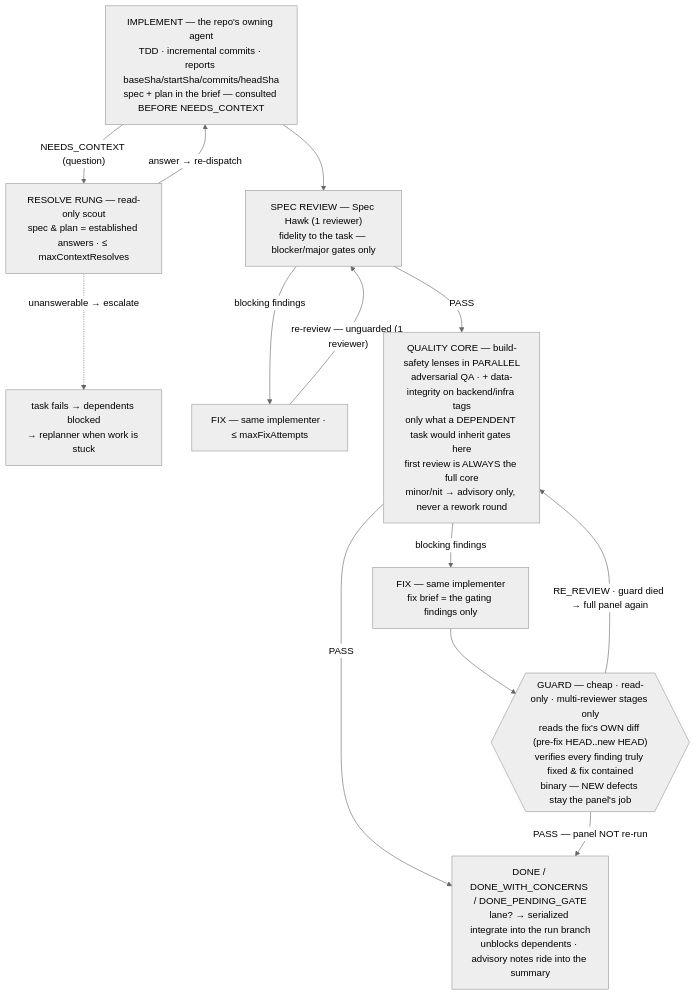
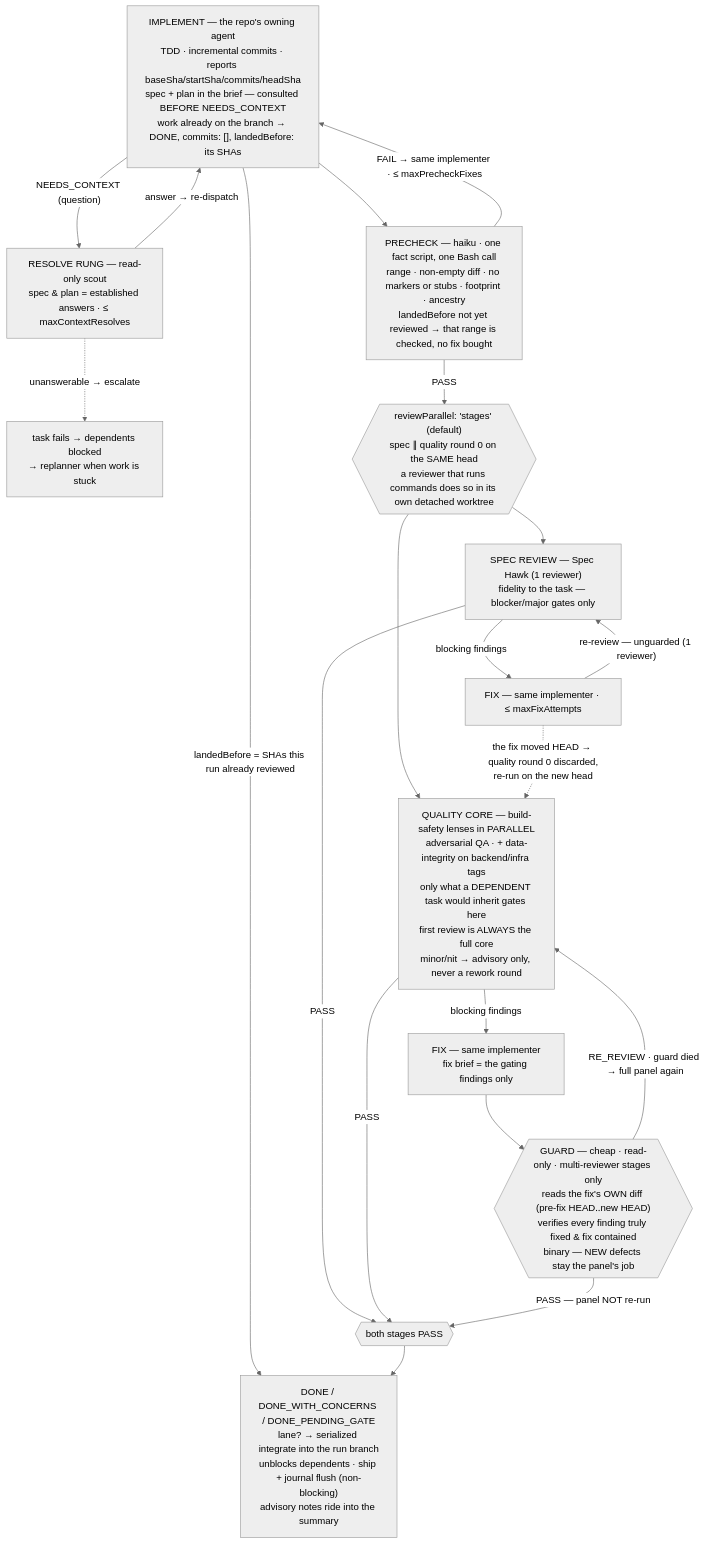
Before and after one commit to laurentlouk/grimoire: the second of 3 diagrams in workflows/README.md, drawn with Mermaid (neutral theme). The commit also changed other lines of this file and 2 other files, not shown here.

First line of the commit message:
docs: run durability — knobs, flow, lifecycle, journal, resume

````diff
--- a/workflows/README.md
+++ b/workflows/README.md
@@ -183,16 +217,24 @@
 ```mermaid
 flowchart TB
-    impl["IMPLEMENT — the repo's owning agent\nTDD · incremental commits · reports baseSha/startSha/commits/headSha\nspec + plan in the brief — consulted BEFORE NEEDS_CONTEXT"]
+    impl["IMPLEMENT — the repo's owning agent\nTDD · incremental commits · reports baseSha/startSha/commits/headSha\nspec + plan in the brief — consulted BEFORE NEEDS_CONTEXT\nwork already on the branch → DONE, commits: [], landedBefore: its SHAs"]
     impl -- "NEEDS_CONTEXT (question)" --> scout["RESOLVE RUNG — read-only scout\nspec &amp; plan = established answers · ≤ maxContextResolves"]
     scout -- "answer → re-dispatch" --> impl
     scout -. "unanswerable → escalate" .-> esc["task fails → dependents blocked\n→ replanner when work is stuck"]
-    impl --> specr["SPEC REVIEW — Spec Hawk (1 reviewer)\nfidelity to the task — blocker/major gates only"]
+    impl -- "landedBefore = SHAs this run already reviewed" --> done
+    impl --> pre["PRECHECK — haiku · one fact script, one Bash call\nrange · non-empty diff · no markers or stubs · footprint · ancestry\nlandedBefore not yet reviewed → that range is checked, no fix bought"]
+    pre -- "FAIL → same implementer · ≤ maxPrecheckFixes" --> impl
+    pre -- "PASS" --> par{{"reviewParallel: 'stages' (default)\nspec ∥ quality round 0 on the SAME head\na reviewer that runs commands does so in its own detached worktree"}}
+    par --> specr["SPEC REVIEW — Spec Hawk (1 reviewer)\nfidelity to the task — blocker/major gates only"]
+    par --> qr["QUALITY CORE — build-safety lenses in PARALLEL\nadversarial QA · + data-integrity on backend/infra tags\nonly what a DEPENDENT task would inherit gates here\nfirst review is ALWAYS the full core\nminor/nit → advisory only, never a rework round"]
     specr -- "blocking findings" --> fixs["FIX — same implementer · ≤ maxFixAttempts"]
     fixs -- "re-review — unguarded (1 reviewer)" --> specr
-    specr -- "PASS" --> qr["QUALITY CORE — build-safety lenses in PARALLEL\nadversarial QA · + data-integrity on backend/infra tags\nonly what a DEPENDENT task would inherit gates here\nfirst review is ALWAYS the full core\nminor/nit → advisory only, never a rework round"]
-    qr -- "PASS" --> done
+    fixs -. "the fix moved HEAD → quality round 0 discarded,\nre-run on the new head" .-> qr
+    specr -- "PASS" --> both{{"both stages PASS"}}
+    qr -- "PASS" --> both
+    both --> done
     qr -- "blocking findings" --> fix["FIX — same implementer\nfix brief = the gating findings only"]
     fix --> guard{{"GUARD — cheap · read-only · multi-reviewer stages only\nreads the fix's OWN diff (pre-fix HEAD‥new HEAD)\nverifies every finding truly fixed &amp; fix contained\nbinary — NEW defects stay the panel's job"}}
-    guard -- "PASS — panel NOT re-run" --> done["DONE / DONE_WITH_CONCERNS / DONE_PENDING_GATE\nlane? → serialized integrate into the run branch\nunblocks dependents · advisory notes ride into the summary"]
+    guard -- "PASS — panel NOT re-run" --> both
     guard -- "RE_REVIEW · guard died → full panel again" --> qr
+    done["DONE / DONE_WITH_CONCERNS / DONE_PENDING_GATE\nlane? → serialized integrate into the run branch\nunblocks dependents · ship + journal flush (non-blocking)\nadvisory notes ride into the summary"]
 ```
````
